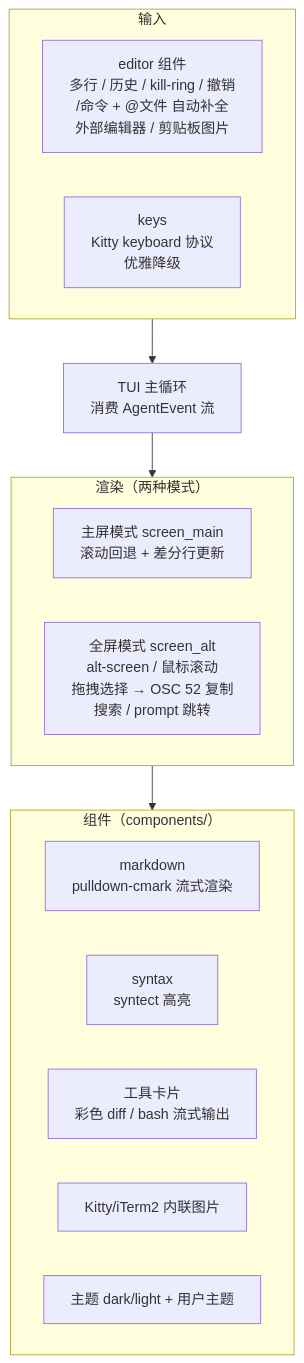
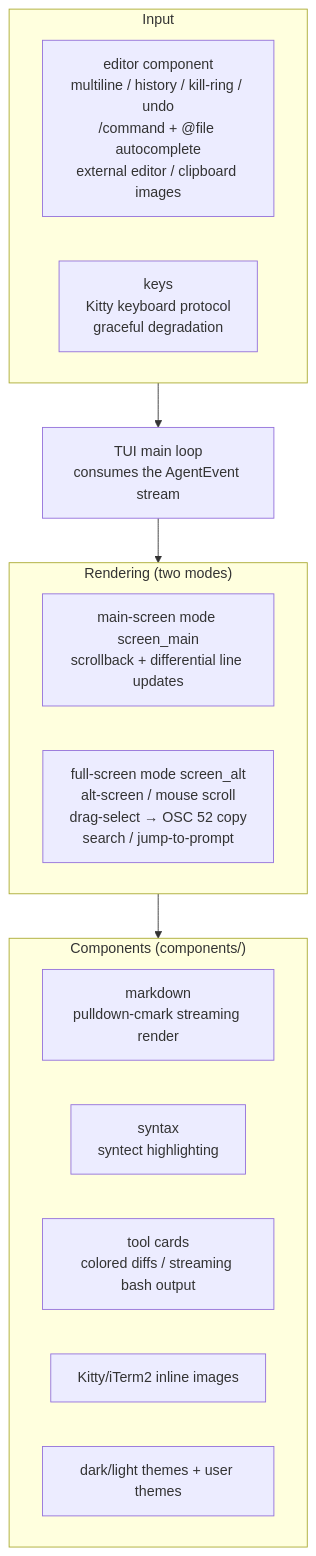
The tenth of 11 diagrams in docs/architecture.md (Tack-AI/tack), drawn with Mermaid before and after one commit. The commit also changed other lines of this file and 46 other files, not shown here.

````diff
--- a/docs/architecture.md
+++ b/docs/architecture.md
@@ -317,24 +330,24 @@
 ```mermaid
 flowchart TD
-    subgraph Input["输入"]
-        ED[editor 组件<br/>多行 / 历史 / kill-ring / 撤销<br/>/命令 + @文件 自动补全<br/>外部编辑器 / 剪贴板图片]
-        KB[keys<br/>Kitty keyboard 协议<br/>优雅降级]
+    subgraph Input["Input"]
+        ED[editor component<br/>multiline / history / kill-ring / undo<br/>/command + @file autocomplete<br/>external editor / clipboard images]
+        KB[keys<br/>Kitty keyboard protocol<br/>graceful degradation]
     end
 
-    subgraph Render["渲染（两种模式）"]
-        MS[主屏模式 screen_main<br/>滚动回退 + 差分行更新]
-        FS[全屏模式 screen_alt<br/>alt-screen / 鼠标滚动<br/>拖拽选择 → OSC 52 复制<br/>搜索 / prompt 跳转]
+    subgraph Render["Rendering (two modes)"]
+        MS[main-screen mode screen_main<br/>scrollback + differential line updates]
+        FS[full-screen mode screen_alt<br/>alt-screen / mouse scroll<br/>drag-select → OSC 52 copy<br/>search / jump-to-prompt]
     end
 
-    subgraph Comp["组件（components/）"]
-        MD[markdown<br/>pulldown-cmark 流式渲染]
-        SY[syntax<br/>syntect 高亮]
-        TC[工具卡片<br/>彩色 diff / bash 流式输出]
-        IMG[Kitty/iTerm2 内联图片]
-        TH[主题 dark/light + 用户主题]
+    subgraph Comp["Components (components/)"]
+        MD[markdown<br/>pulldown-cmark streaming render]
+        SY[syntax<br/>syntect highlighting]
+        TC[tool cards<br/>colored diffs / streaming bash output]
+        IMG[Kitty/iTerm2 inline images]
+        TH[dark/light themes + user themes]
     end
 
-    Input --> LOOP[TUI 主循环<br/>消费 AgentEvent 流]
+    Input --> LOOP[TUI main loop<br/>consumes the AgentEvent stream]
     LOOP --> Render
     Render --> Comp
 ```
````
